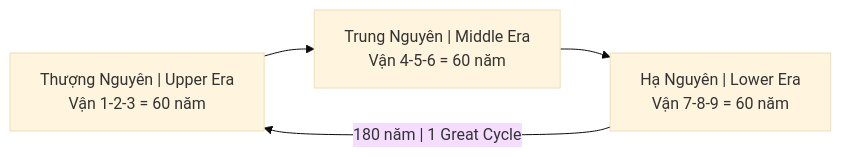
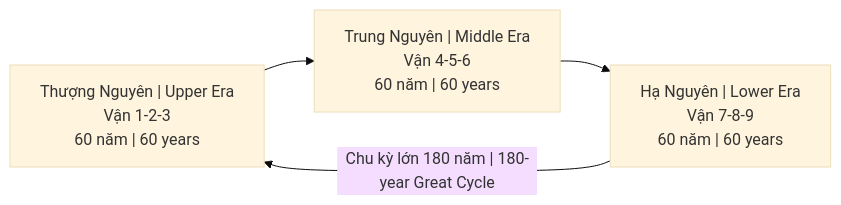
The first of 2 diagrams in esoterica/Vận Chín.md (dyukahi/knowledge), drawn with Mermaid (base theme) before and after one commit. The commit also changed other lines of this file and 1 other file, not shown here.

Commit message:
Rewrite Vận Chín: complete bilingual, improved diagrams, more comprehensive

````diff
--- a/esoterica/Vận Chín.md
+++ b/esoterica/Vận Chín.md
@@ -15,9 +21,9 @@
 ```mermaid
 flowchart LR
-    A["Thượng Nguyên | Upper Era<br/>Vận 1-2-3 = 60 năm"]
-    B["Trung Nguyên | Middle Era<br/>Vận 4-5-6 = 60 năm"]
-    C["Hạ Nguyên | Lower Era<br/>Vận 7-8-9 = 60 năm"]
+    A["Thượng Nguyên | Upper Era<br/>Vận 1-2-3<br/>60 năm | 60 years"]
+    B["Trung Nguyên | Middle Era<br/>Vận 4-5-6<br/>60 năm | 60 years"]
+    C["Hạ Nguyên | Lower Era<br/>Vận 7-8-9<br/>60 năm | 60 years"]
     
     A --> B --> C
-    C -->|"180 năm | 1 Great Cycle"| A
+    C -->|"Chu kỳ lớn 180 năm | 180-year Great Cycle"| A
 ```
````
